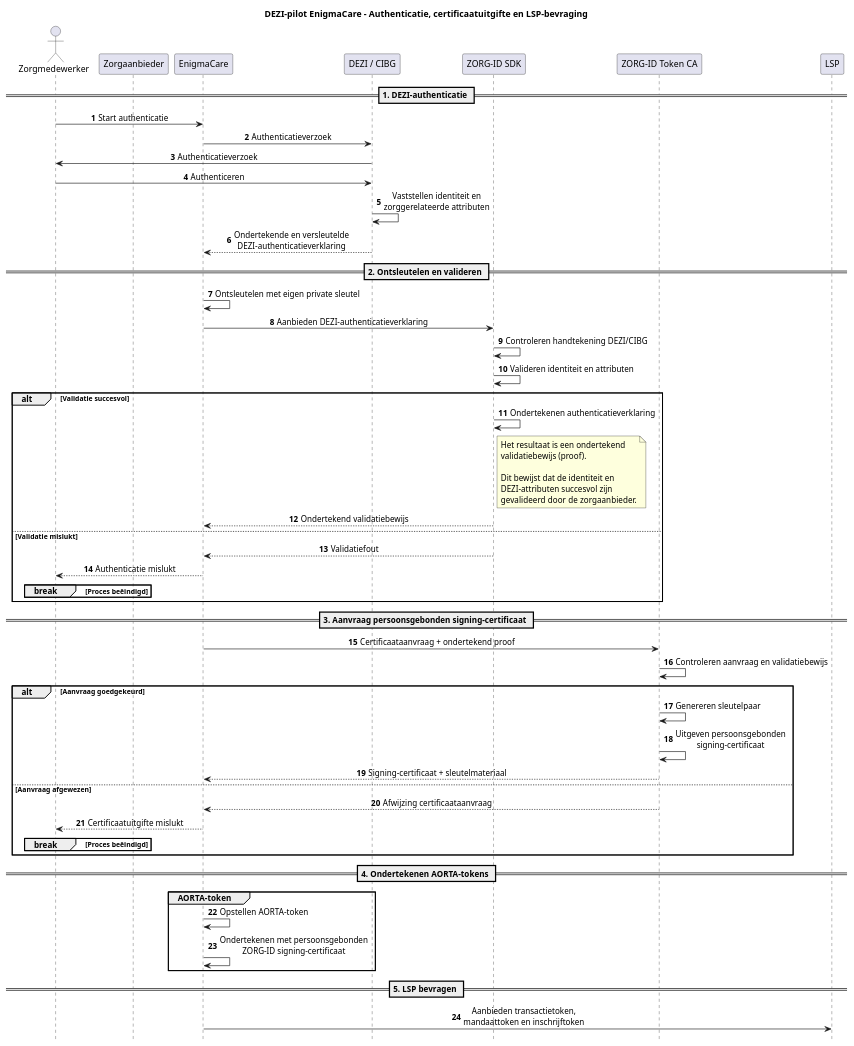
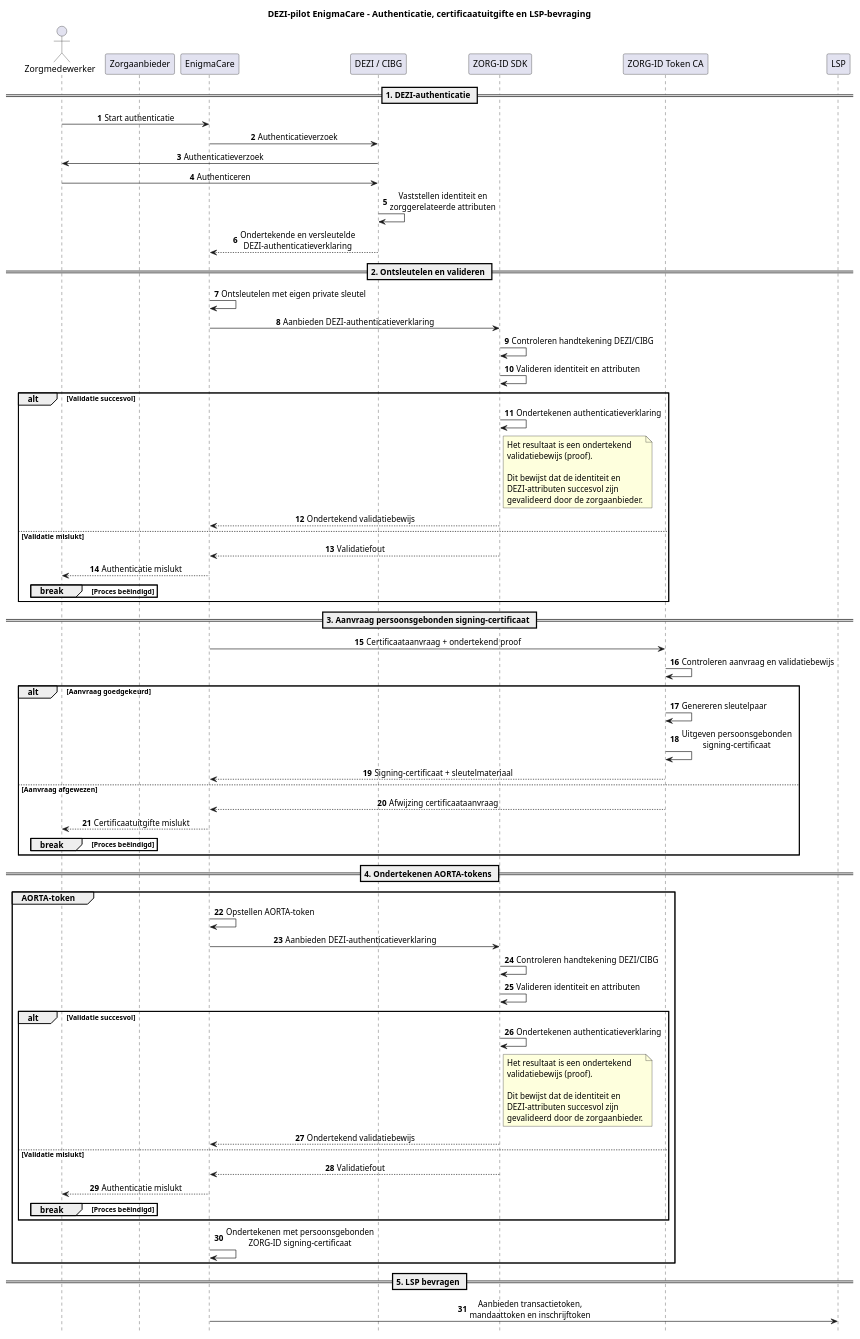
The diagram in ZORG-ID/000_zorg-id-enigma.puml (vzvznl/diagrammen), drawn with PlantUML before and after one commit.

Commit message:
Update
Dezi attributen opnieuw onderteken voor nieuw bewijs

```diff
--- a/ZORG-ID/000_zorg-id-enigma.puml
+++ b/ZORG-ID/000_zorg-id-enigma.puml
@@ -1,79 +1,107 @@
 @startuml
 title DEZI-pilot EnigmaCare – Authenticatie, certificaatuitgifte en LSP-bevraging
 
 autonumber
 hide footbox
 skinparam sequenceMessageAlign center
 skinparam responseMessageBelowArrow true
 
 actor "Zorgmedewerker" as ZM
 participant "Zorgaanbieder" as ZA
 participant "EnigmaCare" as EC
 participant "DEZI / CIBG" as DEZI
 participant "ZORG-ID SDK" as SDK
 participant "ZORG-ID Token CA" as CA
 participant "LSP" as LSP
 
 == 1. DEZI-authenticatie ==
 
 ZM -> EC: Start authenticatie
 EC -> DEZI: Authenticatieverzoek
 DEZI -> ZM: Authenticatieverzoek
 ZM -> DEZI: Authenticeren
 DEZI -> DEZI: Vaststellen identiteit en\nzorggerelateerde attributen
 DEZI --> EC: Ondertekende en versleutelde\nDEZI-authenticatieverklaring
 
 == 2. Ontsleutelen en valideren ==
 
 EC -> EC: Ontsleutelen met eigen private sleutel
 EC -> SDK: Aanbieden DEZI-authenticatieverklaring
 SDK -> SDK: Controleren handtekening DEZI/CIBG
 SDK -> SDK: Valideren identiteit en attributen
 
 alt Validatie succesvol
     SDK -> SDK: Ondertekenen authenticatieverklaring
     note right of SDK
       Het resultaat is een ondertekend
       validatiebewijs (proof).
 
       Dit bewijst dat de identiteit en
       DEZI-attributen succesvol zijn
       gevalideerd door de zorgaanbieder.
     end note
     SDK --> EC: Ondertekend validatiebewijs
 else Validatie mislukt
     SDK --> EC: Validatiefout
     EC --> ZM: Authenticatie mislukt
     break Proces beëindigd
     end
 end
 
 == 3. Aanvraag persoonsgebonden signing-certificaat ==
 
 EC -> CA: Certificaataanvraag + ondertekend proof
 CA -> CA: Controleren aanvraag en validatiebewijs
 
 alt Aanvraag goedgekeurd
     CA -> CA: Genereren sleutelpaar
     CA -> CA: Uitgeven persoonsgebonden\nsigning-certificaat
     CA --> EC: Signing-certificaat + sleutelmateriaal
 else Aanvraag afgewezen
     CA --> EC: Afwijzing certificaataanvraag
     EC --> ZM: Certificaatuitgifte mislukt
     break Proces beëindigd
     end
 end
 
 == 4. Ondertekenen AORTA-tokens ==
 
 
 group AORTA-token
     EC -> EC: Opstellen AORTA-token
+	
+	EC -> SDK: Aanbieden DEZI-authenticatieverklaring
+	SDK -> SDK: Controleren handtekening DEZI/CIBG
+	SDK -> SDK: Valideren identiteit en attributen
+
+	alt Validatie succesvol
+		SDK -> SDK: Ondertekenen authenticatieverklaring
+			note right of SDK
+				Het resultaat is een ondertekend
+				validatiebewijs (proof).
+
+				Dit bewijst dat de identiteit en
+				DEZI-attributen succesvol zijn
+				gevalideerd door de zorgaanbieder.
+			end note
+		SDK --> EC: Ondertekend validatiebewijs
+	else Validatie mislukt
+		SDK --> EC: Validatiefout
+		EC --> ZM: Authenticatie mislukt
+		break Proces beëindigd
+    end
+end
+
+	
+	
+	
+	
+	
     EC -> EC: Ondertekenen met persoonsgebonden\nZORG-ID signing-certificaat
 end
 
 == 5. LSP bevragen ==
 
 EC -> LSP: Aanbieden transactietoken,\nmandaattoken en inschrijftoken
 
 @enduml
```
